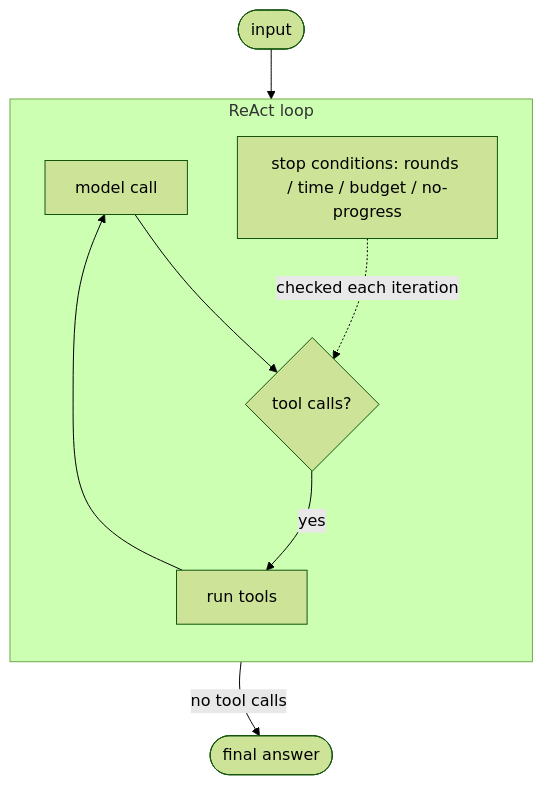
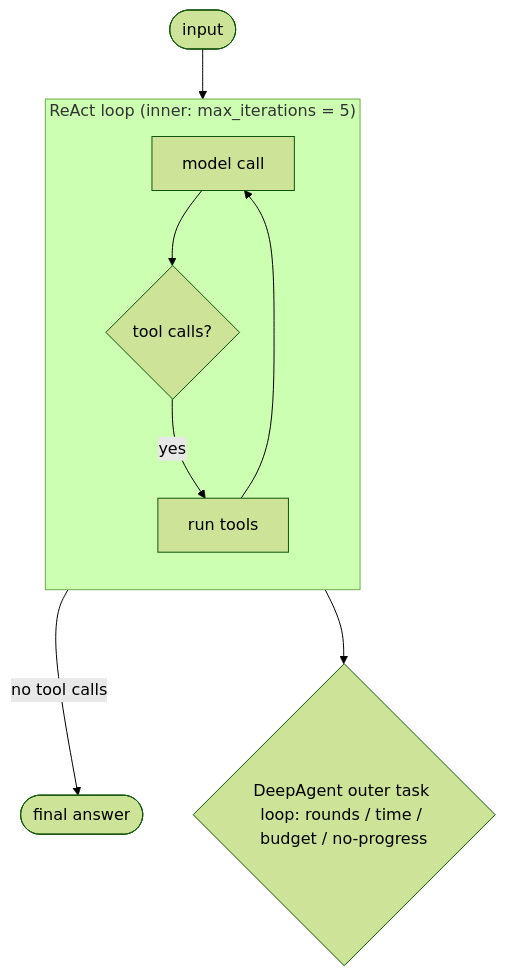
Before and after one commit to michaelatamuk/openjiuwen-jiuwenswarm: diagram 30 of 49 in docs-michael/interview_questions/06-agents-tools-and-memory.md, drawn with Mermaid (forest theme). The commit also changed other lines of this file and 6 other files, not shown here.

````diff
--- a/docs-michael/interview_questions/06-agents-tools-and-memory.md
+++ b/docs-michael/interview_questions/06-agents-tools-and-memory.md
@@ -738,12 +738,12 @@
 ```mermaid
 flowchart TD
-    I(["input"]) --> M
-    subgraph LOOP["ReAct loop"]
+    I(["input"]) --> LOOP
+    subgraph LOOP["ReAct loop (inner: max_iterations = 5)"]
     direction TB
         M["model call"] --> T{"tool calls?"}
         T -->|yes| R["run tools"] --> M
-        G["stop conditions: rounds / time / budget / no-progress"] -.->|"checked each iteration"| T
     end
+    LOOP --> G{"DeepAgent outer task loop: rounds / time / budget / no-progress"}
     T -->|"no tool calls"| F(["final answer"])
     R ~~~ F
 ```
````
